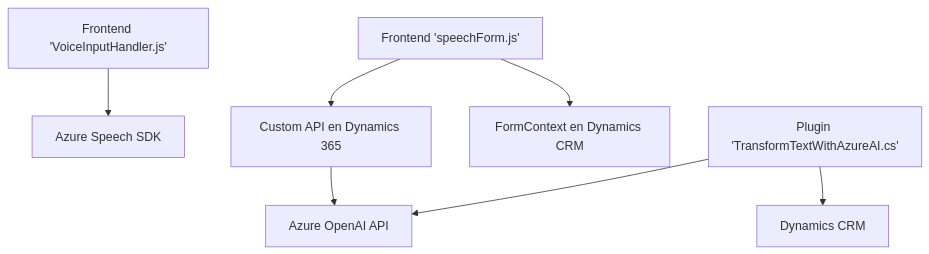
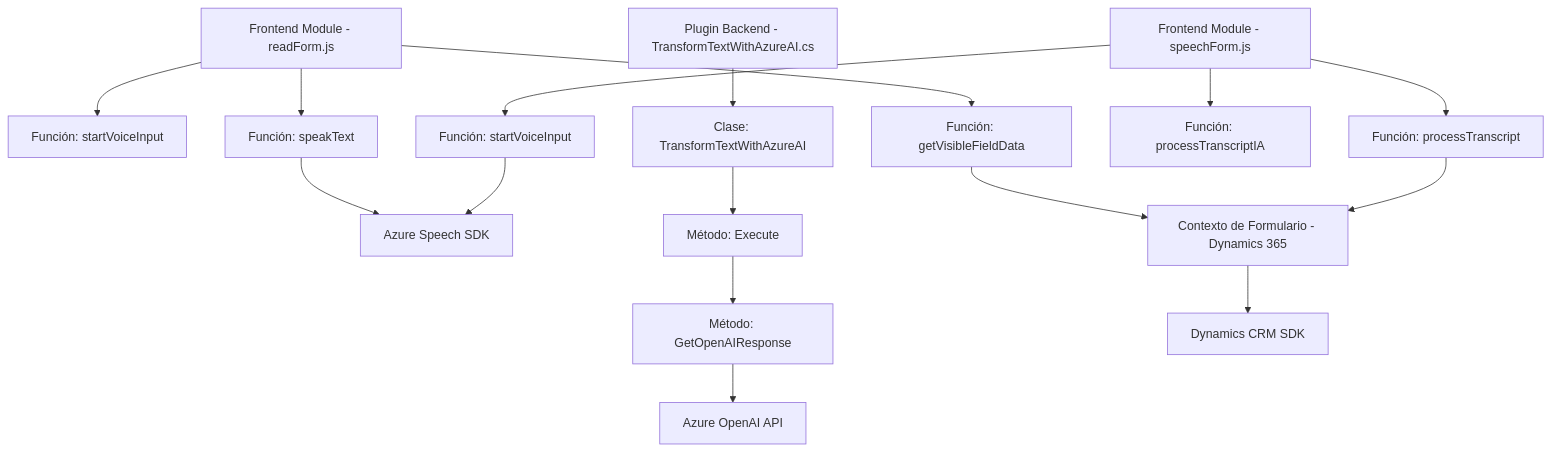
Before and after one commit to blopezdm/NETCORE_BILBAO2025: the diagram in README.md, drawn with Mermaid. The commit also changed other lines of this file, not shown here.

````diff
--- a/README.md
+++ b/README.md
@@ -42,9 +46,21 @@
 ```mermaid
 graph TD
-    A["Frontend 'VoiceInputHandler.js'"] --> B["Azure Speech SDK"]
-    C["Frontend 'speechForm.js'"] --> D["Custom API en Dynamics 365"]
-    D --> E["Azure OpenAI API"]
-    C --> F["FormContext en Dynamics CRM"]
-    G["Plugin 'TransformTextWithAzureAI.cs'"] --> E
-    G --> H["Dynamics CRM"]
+    A["Frontend Module - readForm.js"] --> B["Función: startVoiceInput"]
+    A --> C["Función: speakText"]
+    A --> D["Función: getVisibleFieldData"]
+    C --> E["Azure Speech SDK"]
+    D --> F["Contexto de Formulario - Dynamics 365"]
+
+    G["Frontend Module - speechForm.js"] --> H["Función: startVoiceInput"]
+    G --> I["Función: processTranscript"]
+    G --> J["Función: processTranscriptIA"]
+    I --> F
+    H --> E
+
+    K["Plugin Backend - TransformTextWithAzureAI.cs"] --> L["Clase: TransformTextWithAzureAI"]
+    L --> M["Método: Execute"]
+    M --> N["Método: GetOpenAIResponse"]
+    N --> O["Azure OpenAI API"]
+
+    F --> P["Dynamics CRM SDK"]
 ```
````
